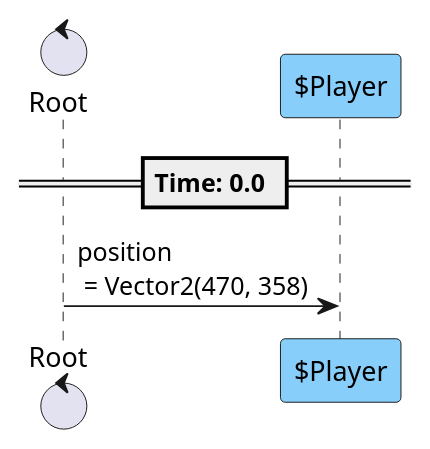
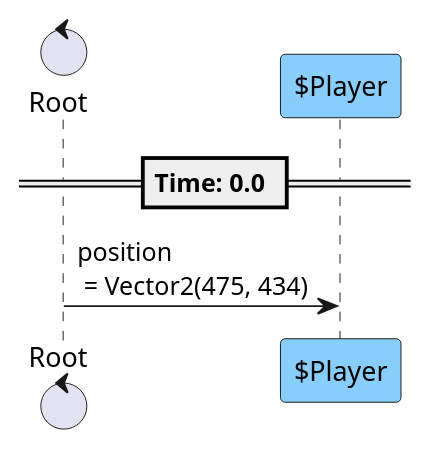
Before and after one commit to tkmfujise/Platformer-Game-Learning: the second of 8 diagrams in content/scenes/src/chapters/0/stages/0/stage_0.tscn.adoc, drawn with PlantUML. The commit also changed other lines of this file and 247 other files, not shown here.

```diff
--- a/content/scenes/src/chapters/0/stages/0/stage_0.tscn.adoc
+++ b/content/scenes/src/chapters/0/stages/0/stage_0.tscn.adoc
@@ -358,12 +391,12 @@
 [plantuml]
 ....
 control "Root" as R
 participant "$Player" as T0 #87CEFA
 
 
 
 == Time: 0.0 ==
-R  ->  T0 : position\n = Vector2(470, 358)
+R  ->  T0 : position\n = Vector2(475, 434)
 
 
 ....
```
